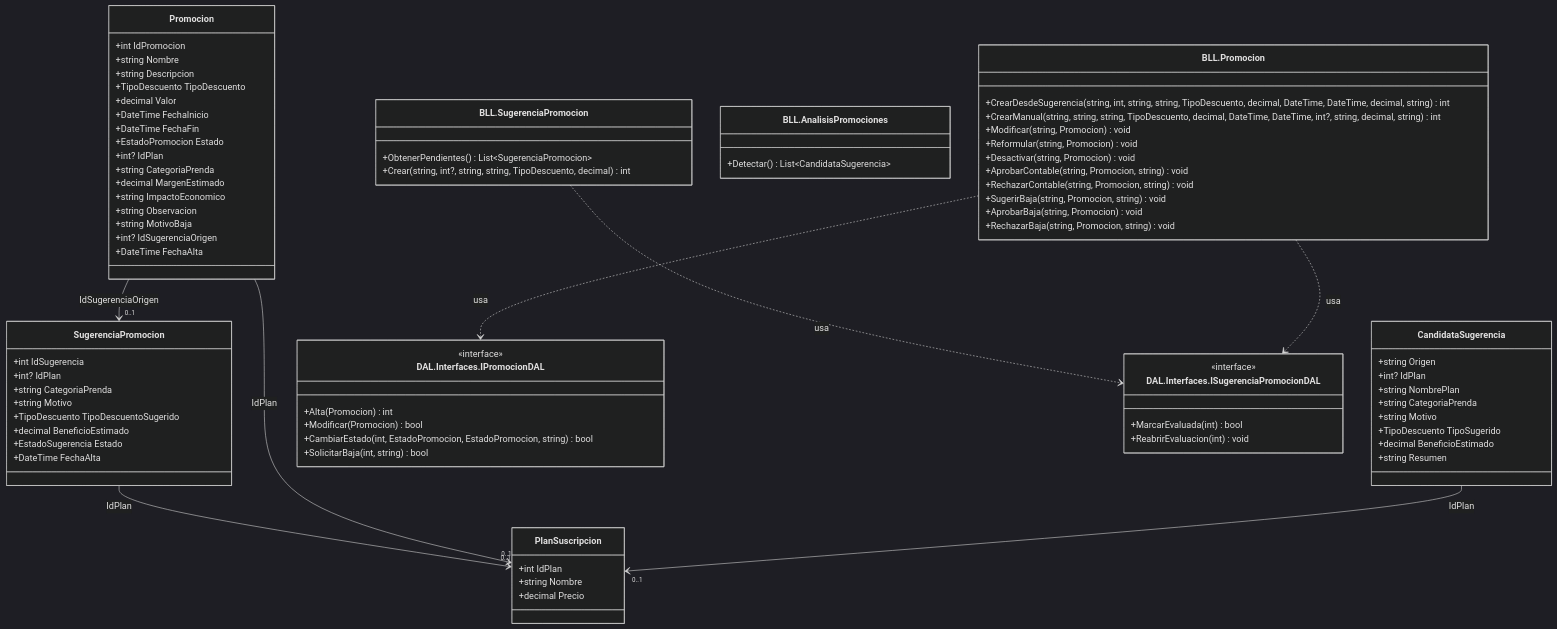
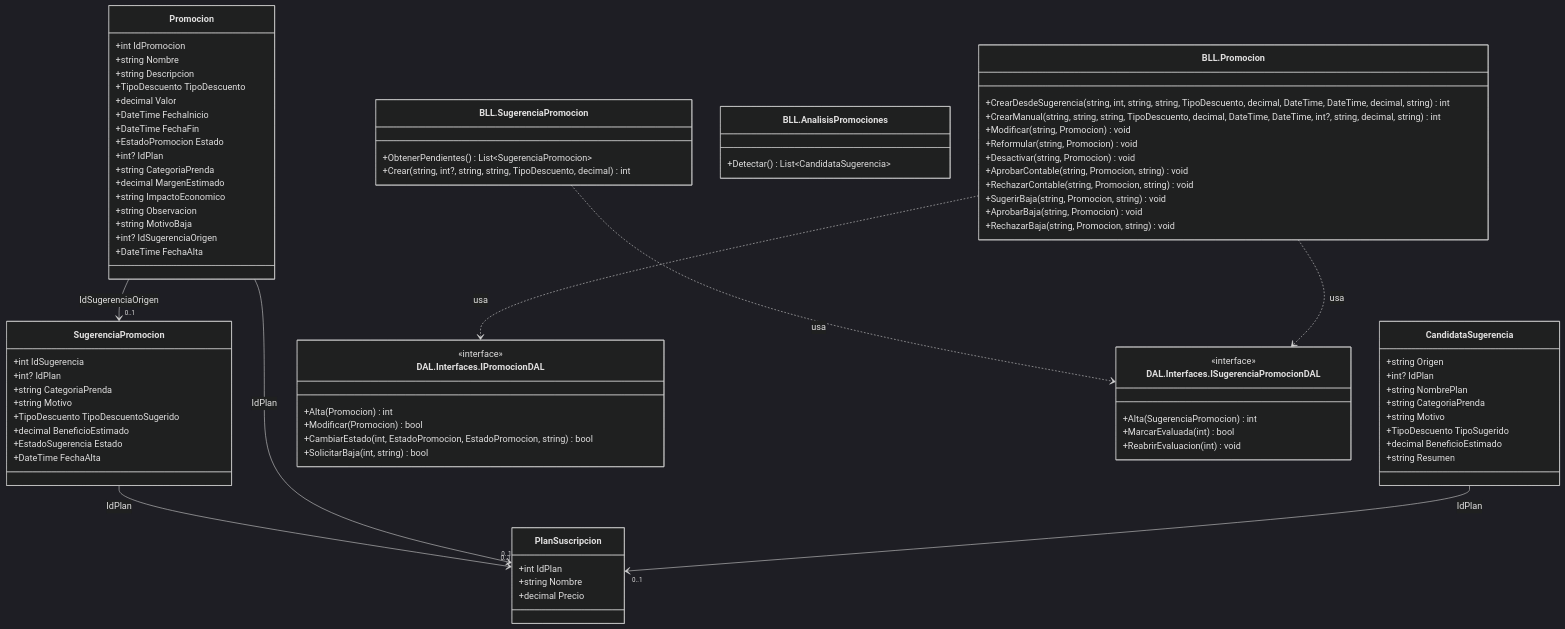
One commit to valentinamorana/Trabajo-de-Diploma changed the diagram in docs/diagramas/mermaid/CLASES_pn03_promociones.mmd. Above: the diagram before and after it, drawn with Mermaid (dark theme). The commit also changed 16 other files, not shown here.

```diff
--- a/docs/diagramas/mermaid/CLASES_pn03_promociones.mmd
+++ b/docs/diagramas/mermaid/CLASES_pn03_promociones.mmd
@@ -1,83 +1,84 @@
 classDiagram
   direction TB
   class SugerenciaPromocion {
     +int IdSugerencia
     +int? IdPlan
     +string CategoriaPrenda
     +string Motivo
     +TipoDescuento TipoDescuentoSugerido
     +decimal BeneficioEstimado
     +EstadoSugerencia Estado
     +DateTime FechaAlta
   }
   class Promocion {
     +int IdPromocion
     +string Nombre
     +string Descripcion
     +TipoDescuento TipoDescuento
     +decimal Valor
     +DateTime FechaInicio
     +DateTime FechaFin
     +EstadoPromocion Estado
     +int? IdPlan
     +string CategoriaPrenda
     +decimal MargenEstimado
     +string ImpactoEconomico
     +string Observacion
     +string MotivoBaja
     +int? IdSugerenciaOrigen
     +DateTime FechaAlta
   }
   class PlanSuscripcion {
     +int IdPlan
     +string Nombre
     +decimal Precio
   }
   class CandidataSugerencia {
     +string Origen
     +int? IdPlan
     +string NombrePlan
     +string CategoriaPrenda
     +string Motivo
     +TipoDescuento TipoSugerido
     +decimal BeneficioEstimado
     +string Resumen
   }
   class BLL_SugerenciaPromocion["BLL.SugerenciaPromocion"] {
     +ObtenerPendientes() List~SugerenciaPromocion~
     +Crear(string,  int?,  string,  string,  TipoDescuento,  decimal) int
   }
   class BLL_AnalisisPromociones["BLL.AnalisisPromociones"] {
     +Detectar() List~CandidataSugerencia~
   }
   class BLL_Promocion["BLL.Promocion"] {
     +CrearDesdeSugerencia(string,  int,  string,  string,  TipoDescuento,  decimal,  DateTime,  DateTime,  decimal,  string) int
     +CrearManual(string,  string,  string,  TipoDescuento,  decimal,  DateTime,  DateTime,  int?,  string,  decimal,  string) int
     +Modificar(string,  Promocion) void
     +Reformular(string,  Promocion) void
     +Desactivar(string,  Promocion) void
     +AprobarContable(string,  Promocion,  string) void
     +RechazarContable(string,  Promocion,  string) void
     +SugerirBaja(string,  Promocion,  string) void
     +AprobarBaja(string,  Promocion) void
     +RechazarBaja(string,  Promocion,  string) void
   }
   class DAL_Interfaces_IPromocionDAL["DAL.Interfaces.IPromocionDAL"] {
     <<interface>>
     +Alta(Promocion) int
     +Modificar(Promocion) bool
     +CambiarEstado(int,  EstadoPromocion,  EstadoPromocion,  string) bool
     +SolicitarBaja(int,  string) bool
   }
   class DAL_Interfaces_ISugerenciaPromocionDAL["DAL.Interfaces.ISugerenciaPromocionDAL"] {
     <<interface>>
+    +Alta(SugerenciaPromocion) int
     +MarcarEvaluada(int) bool
     +ReabrirEvaluacion(int) void
   }
   SugerenciaPromocion --> "0..1" PlanSuscripcion : IdPlan
   Promocion --> "0..1" PlanSuscripcion : IdPlan
   Promocion --> "0..1" SugerenciaPromocion : IdSugerenciaOrigen
   CandidataSugerencia --> "0..1" PlanSuscripcion : IdPlan
   BLL_SugerenciaPromocion ..> DAL_Interfaces_ISugerenciaPromocionDAL : usa
   BLL_Promocion ..> DAL_Interfaces_IPromocionDAL : usa
   BLL_Promocion ..> DAL_Interfaces_ISugerenciaPromocionDAL : usa
```
